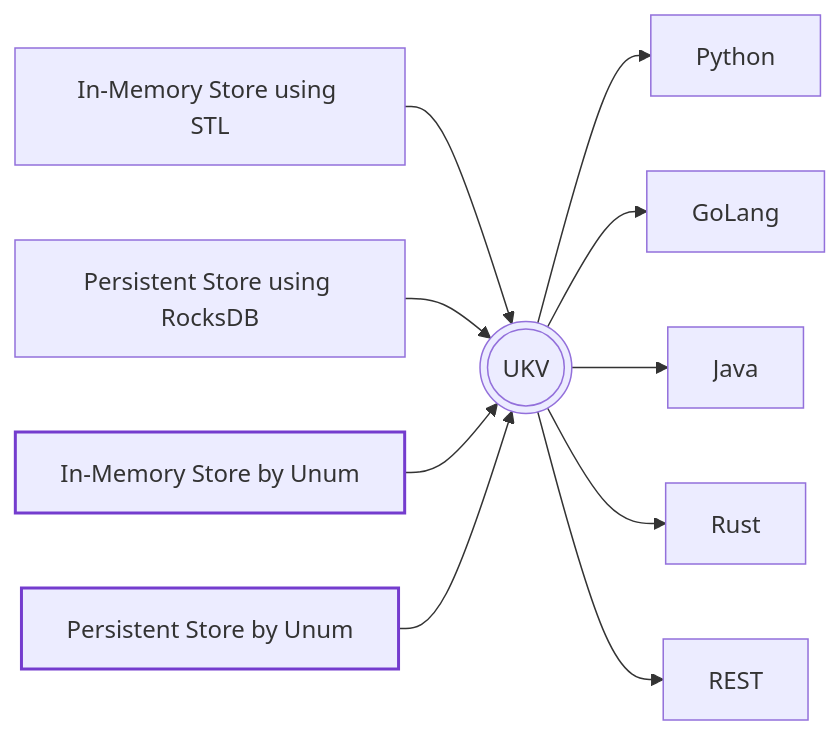
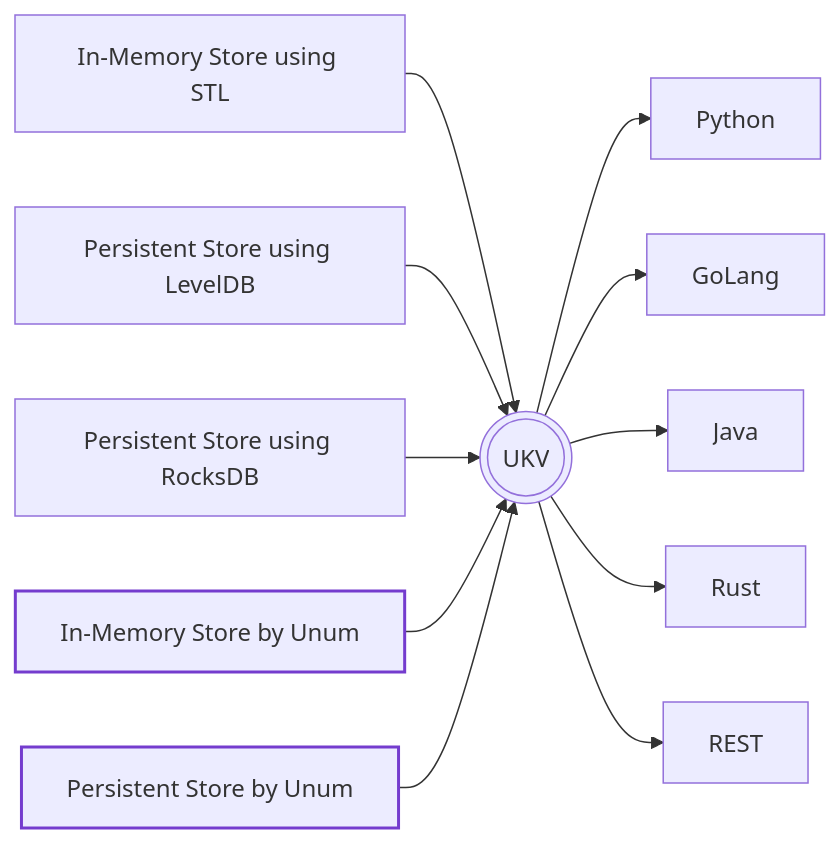
The diagram in README.md (unum-cloud/ustore), drawn with Mermaid before and after one commit. The commit also changed other lines of this file and 4 other files, not shown here.

````diff
--- a/README.md
+++ b/README.md
@@ -5,29 +5,30 @@
 ```mermaid
 flowchart LR
   
   ukv(((UKV)))
 
   id1[In-Memory Store using STL] --> ukv;
+  id7[Persistent Store using LevelDB] --> ukv;
   id3[Persistent Store using RocksDB] --> ukv;
   id2[In-Memory Store by Unum] --> ukv;
   id4[Persistent Store by Unum] --> ukv;
   %% id5[In-Memory Distributed Store by Unum] --> ukv;
   %% id6[Persistent Distributed Store by Unum] --> ukv;
   
   %% id2 -.-> id5 
   %% id4 -.-> id6 
   
   ukv --> Python;
   ukv --> GoLang;
   ukv --> Java;
   ukv --> Rust;
   ukv --> REST;
   
   %% ukv --> SQL;
   %% ukv ---> Redis;
   %% ukv ---> Lucene;
   %% ukv ---> MongoDB;
   
   style id2 stroke:#743cce,stroke-width:2px;
   style id4 stroke:#743cce,stroke-width:2px;
 ```
````
